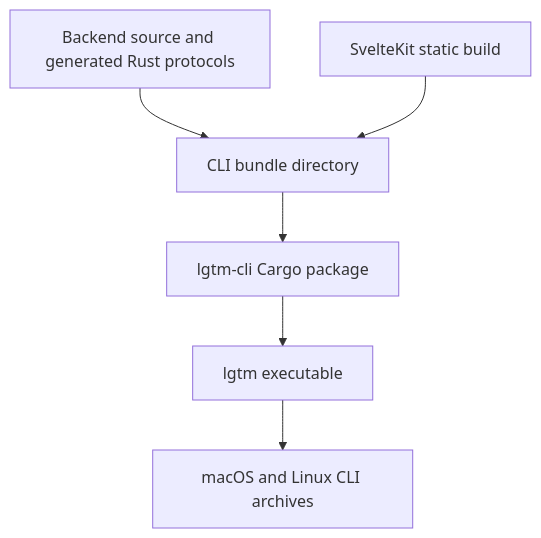
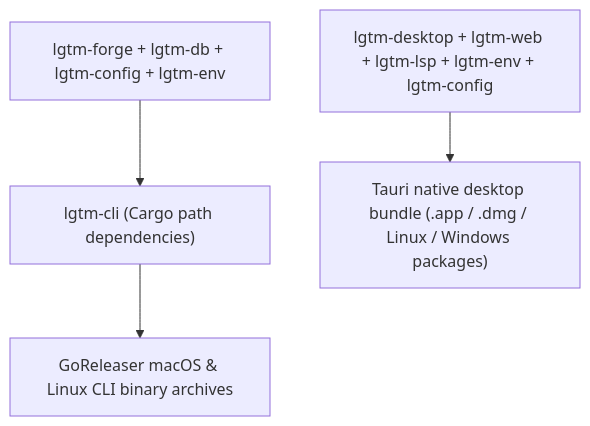
Before and after one commit to difflab-io/lgtm: the fifth of 5 diagrams in docs/architecture/index.md, drawn with Mermaid. The commit also changed other lines of this file and 44 other files, not shown here.

Commit message:
feat(cli): link workspace crates directly, remove web UI bundler, and add lgtm open

````diff
--- a/docs/architecture/index.md
+++ b/docs/architecture/index.md
@@ -127,8 +227,6 @@
 ```mermaid
 flowchart TD
-    SOURCE["Backend source and generated Rust protocols"] --> BUNDLE["CLI bundle directory"]
-    WEB["SvelteKit static build"] --> BUNDLE
-    BUNDLE --> PACKAGE["lgtm-cli Cargo package"]
-    PACKAGE --> BINARY["lgtm executable"]
-    BINARY --> ARCHIVE["macOS and Linux CLI archives"]
+    FORGE_SRC["lgtm-forge + lgtm-db + lgtm-config + lgtm-env"] --> CLI_BIN["lgtm-cli (Cargo path dependencies)"]
+    CLI_BIN --> ARCHIVE["GoReleaser macOS & Linux CLI binary archives"]
+    DESK_SRC["lgtm-desktop + lgtm-web + lgtm-lsp + lgtm-env + lgtm-config"] --> TAURI_BUNDLE["Tauri native desktop bundle (.app / .dmg / Linux / Windows packages)"]
 ```
````
